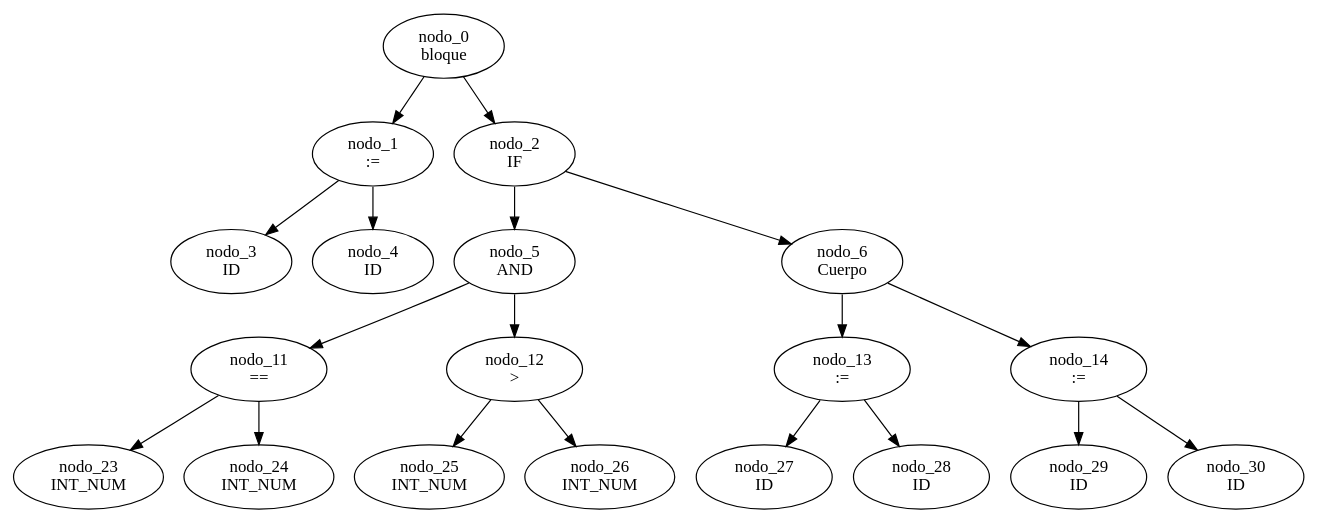
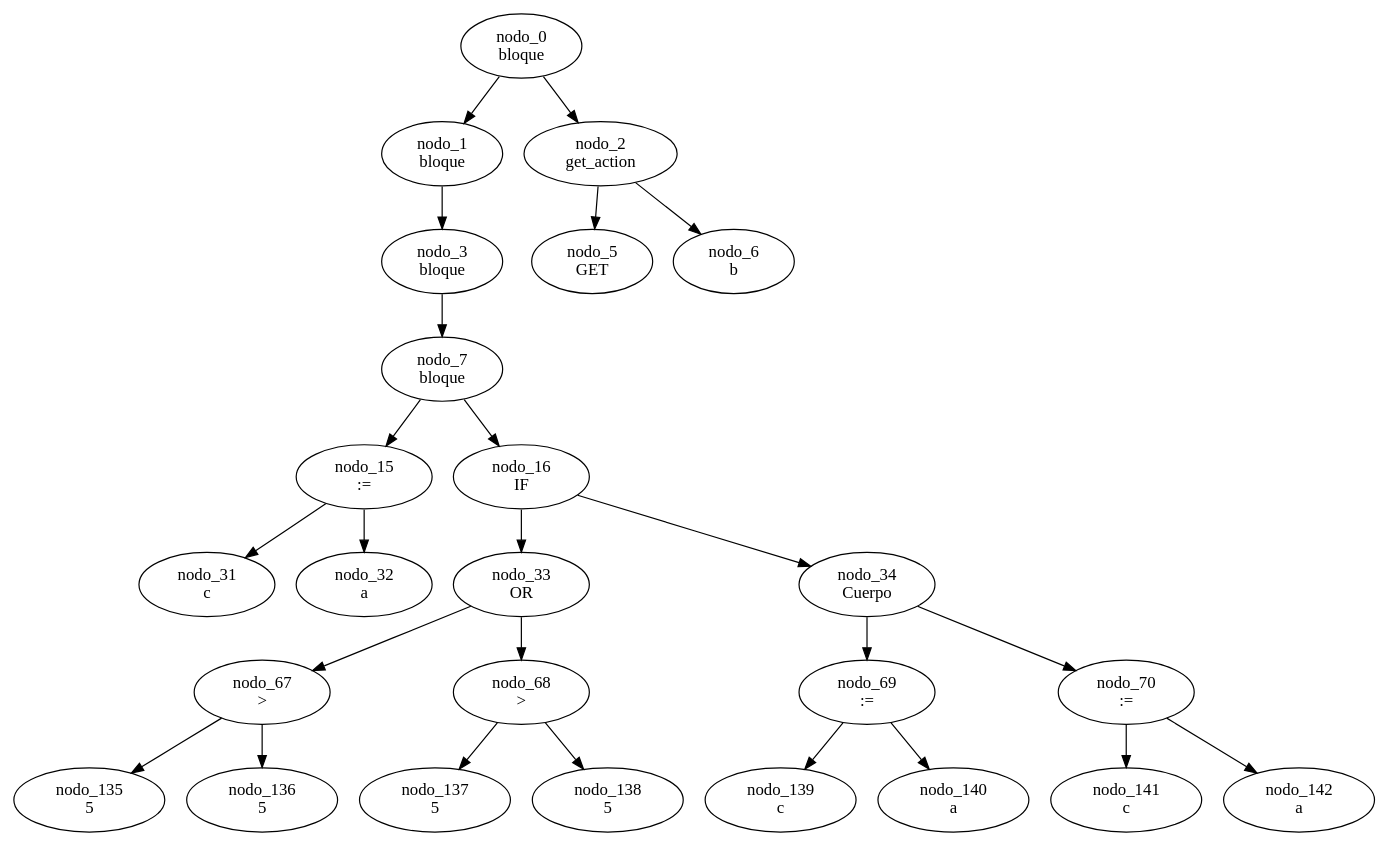
Before and after one commit to FacuBouza/TP_LyC_Grupo07: the diagram in Codigo/gragh.dot, drawn with Graphviz. The commit also changed 11 other files, not shown here.

```diff
--- a/Codigo/gragh.dot
+++ b/Codigo/gragh.dot
@@ -1,20 +1,26 @@
 digraph G {
-	"nodo_0 \nbloque" -> "nodo_1 \n:="
-	"nodo_0 \nbloque" -> "nodo_2 \nIF"
-	"nodo_1 \n:=" -> "nodo_3 \nID"
-	"nodo_1 \n:=" -> "nodo_4 \nID"
-	"nodo_2 \nIF" -> "nodo_5 \nAND"
-	"nodo_2 \nIF" -> "nodo_6 \nCuerpo"
-	"nodo_5 \nAND" -> "nodo_11 \n=="
-	"nodo_5 \nAND" -> "nodo_12 \n>"
-	"nodo_11 \n==" -> "nodo_23 \nINT_NUM"
-	"nodo_11 \n==" -> "nodo_24 \nINT_NUM"
-	"nodo_12 \n>" -> "nodo_25 \nINT_NUM"
-	"nodo_12 \n>" -> "nodo_26 \nINT_NUM"
-	"nodo_6 \nCuerpo" -> "nodo_13 \n:="
-	"nodo_6 \nCuerpo" -> "nodo_14 \n:="
-	"nodo_13 \n:=" -> "nodo_27 \nID"
-	"nodo_13 \n:=" -> "nodo_28 \nID"
-	"nodo_14 \n:=" -> "nodo_29 \nID"
-	"nodo_14 \n:=" -> "nodo_30 \nID"
+	"nodo_0 \nbloque" -> "nodo_1 \nbloque"
+	"nodo_0 \nbloque" -> "nodo_2 \nget_action"
+	"nodo_1 \nbloque" -> "nodo_3 \nbloque"
+	"nodo_3 \nbloque" -> "nodo_7 \nbloque"
+	"nodo_7 \nbloque" -> "nodo_15 \n:="
+	"nodo_7 \nbloque" -> "nodo_16 \nIF"
+	"nodo_15 \n:=" -> "nodo_31 \nc"
+	"nodo_15 \n:=" -> "nodo_32 \na"
+	"nodo_16 \nIF" -> "nodo_33 \nOR"
+	"nodo_16 \nIF" -> "nodo_34 \nCuerpo"
+	"nodo_33 \nOR" -> "nodo_67 \n>"
+	"nodo_33 \nOR" -> "nodo_68 \n>"
+	"nodo_67 \n>" -> "nodo_135 \n5"
+	"nodo_67 \n>" -> "nodo_136 \n5"
+	"nodo_68 \n>" -> "nodo_137 \n5"
+	"nodo_68 \n>" -> "nodo_138 \n5"
+	"nodo_34 \nCuerpo" -> "nodo_69 \n:="
+	"nodo_34 \nCuerpo" -> "nodo_70 \n:="
+	"nodo_69 \n:=" -> "nodo_139 \nc"
+	"nodo_69 \n:=" -> "nodo_140 \na"
+	"nodo_70 \n:=" -> "nodo_141 \nc"
+	"nodo_70 \n:=" -> "nodo_142 \na"
+	"nodo_2 \nget_action" -> "nodo_5 \nGET"
+	"nodo_2 \nget_action" -> "nodo_6 \nb"
 }
```
